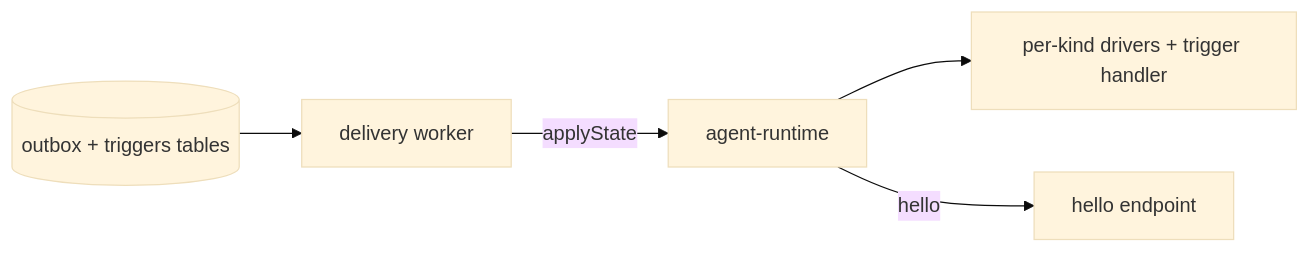
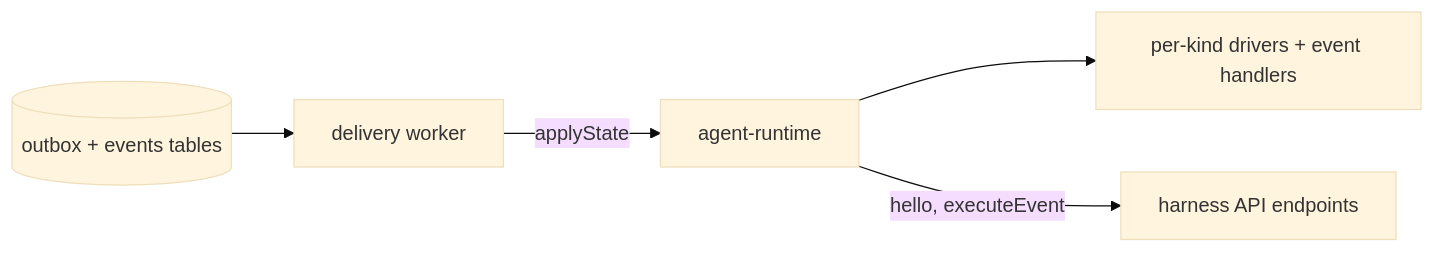
One commit to dam-agents/dam changed the second of 6 diagrams in docs/architecture/connections.md. Above: the diagram before and after it, drawn with Mermaid (base theme). The commit also changed other lines of this file and 4 other files, not shown here.

````diff
--- a/docs/architecture/connections.md
+++ b/docs/architecture/connections.md
@@ -48,13 +48,13 @@
 ```mermaid
 flowchart LR
-  outbox[(outbox + triggers tables)]
+  outbox[(outbox + events tables)]
   worker[delivery worker]
   rt[agent-runtime]
-  drivers[per-kind drivers + trigger handler]
-  hello[hello endpoint]
+  drivers[per-kind drivers + event handlers]
+  harness[harness API endpoints]
 
   outbox --> worker
   worker -->|applyState| rt
   rt --> drivers
-  rt -->|hello| hello
+  rt -->|hello, executeEvent| harness
 ```
````
